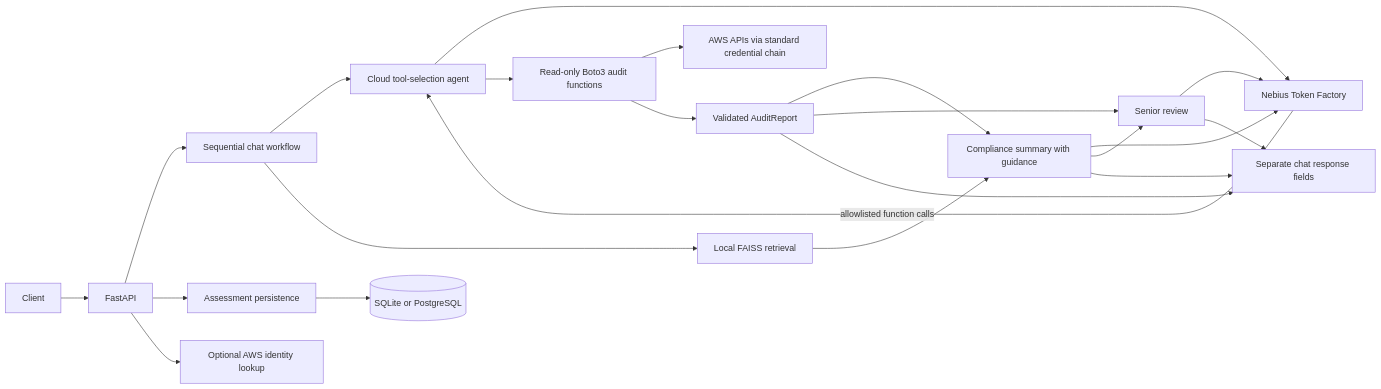
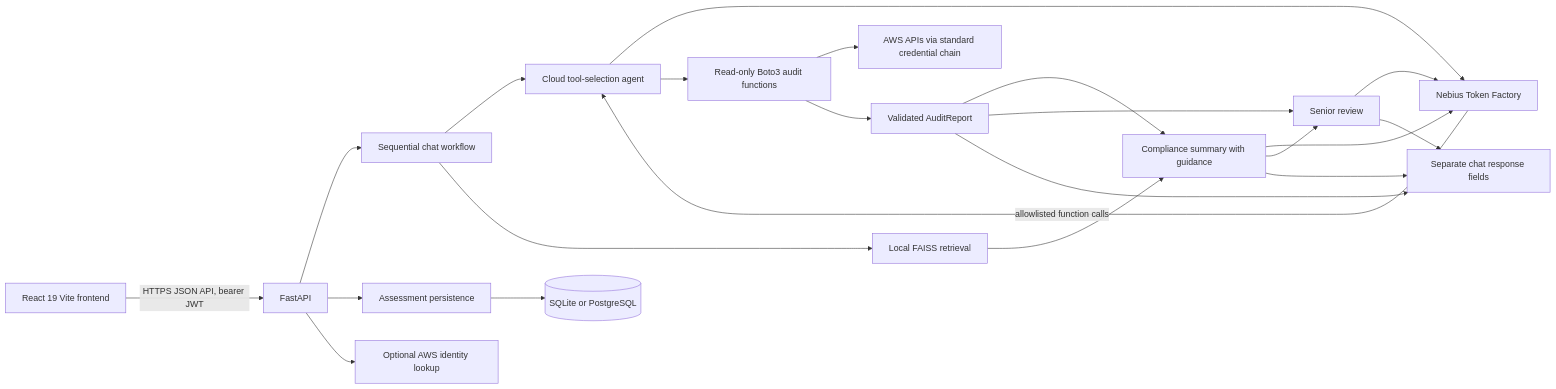
Before and after one commit to anubhavbuildz/indra-ai: the diagram in design/architecture.md, drawn with Mermaid. The commit also changed other lines of this file and 9 other files, not shown here.

````diff
--- a/design/architecture.md
+++ b/design/architecture.md
@@ -3,24 +3,24 @@
 ```mermaid
 flowchart LR
-    Client --> FastAPI
+    Browser[React 19 Vite frontend] -->|HTTPS JSON API, bearer JWT| FastAPI
     FastAPI --> Chat[Sequential chat workflow]
     Chat --> Cloud[Cloud tool-selection agent]
     Cloud --> Nebius[Nebius Token Factory]
     Nebius -->|allowlisted function calls| Cloud
     Cloud --> Auditor[Read-only Boto3 audit functions]
     Auditor --> AWS[AWS APIs via standard credential chain]
     Auditor --> Report[Validated AuditReport]
     Chat --> RAG[Local FAISS retrieval]
     Report --> Compliance[Compliance summary with guidance]
     RAG --> Compliance
     Compliance --> Nebius
     Report --> Senior[Senior review]
     Compliance --> Senior
     Senior --> Nebius
     Report --> ChatResponse[Separate chat response fields]
     Compliance --> ChatResponse
     Senior --> ChatResponse
     FastAPI --> Assessments[Assessment persistence]
     Assessments --> DB[(SQLite or PostgreSQL)]
     FastAPI --> STS[Optional AWS identity lookup]
 ```
````
